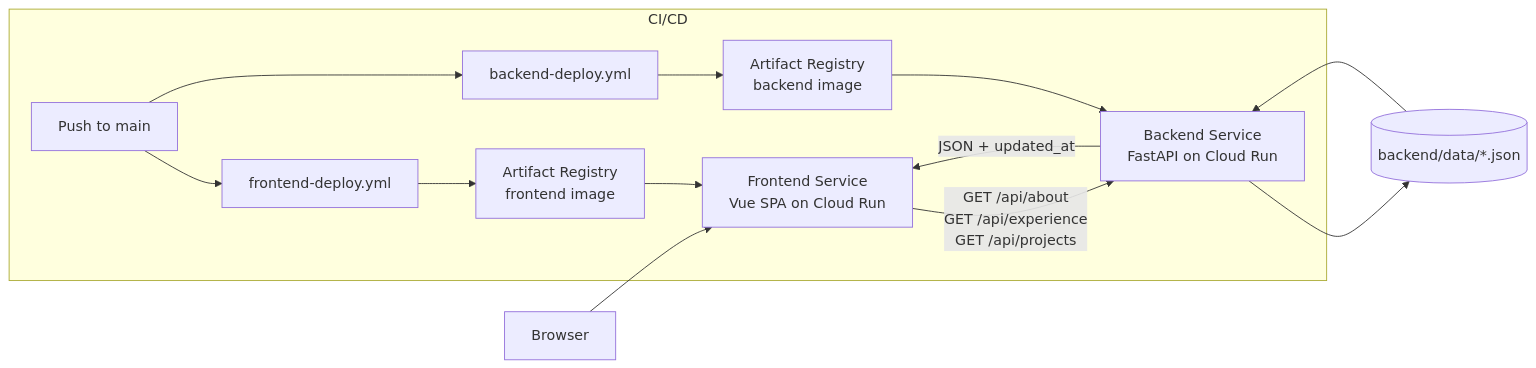
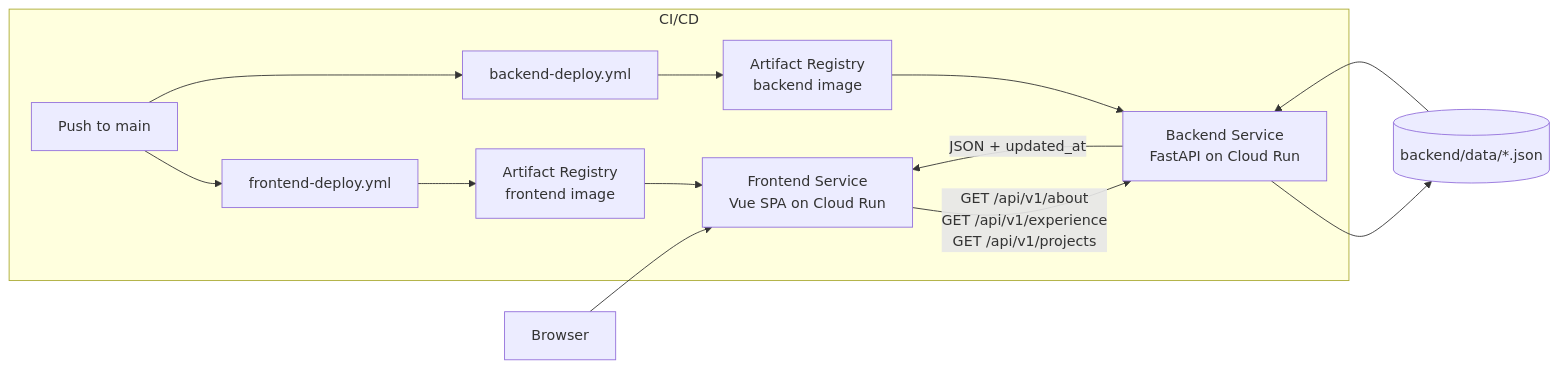
Before and after one commit to TsengYuanChe/PersonalWeb_FastAPI_Vue: the diagram in ARCHITECTURE.md, drawn with Mermaid. The commit also changed other lines of this file and 6 other files, not shown here.

Commit message:
Update: 1.2  Add backend layering (router -> service -> repository)

````diff
--- a/ARCHITECTURE.md
+++ b/ARCHITECTURE.md
@@ -40,17 +48,17 @@
 ```mermaid
 flowchart LR
     User[Browser] --> FE[Frontend Service\nVue SPA on Cloud Run]
-    FE -->|GET /api/about\nGET /api/experience\nGET /api/projects| BE[Backend Service\nFastAPI on Cloud Run]
+    FE -->|GET /api/v1/about\nGET /api/v1/experience\nGET /api/v1/projects| BE[Backend Service\nFastAPI on Cloud Run]
     BE --> DATA[(backend/data/*.json)]
     DATA --> BE
     BE -->|JSON + updated_at| FE
 
     subgraph CI_CD[CI/CD]
       GIT[Push to main] --> WFF[frontend-deploy.yml]
       GIT --> WFB[backend-deploy.yml]
       WFF --> ARF[Artifact Registry\nfrontend image]
       WFB --> ARB[Artifact Registry\nbackend image]
       ARF --> FE
       ARB --> BE
     end
 ```
````
